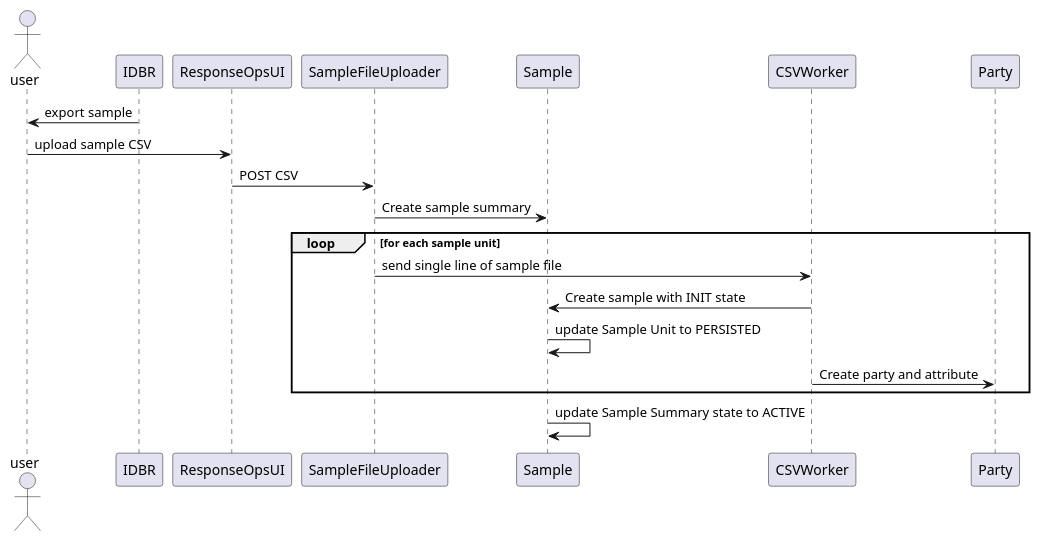
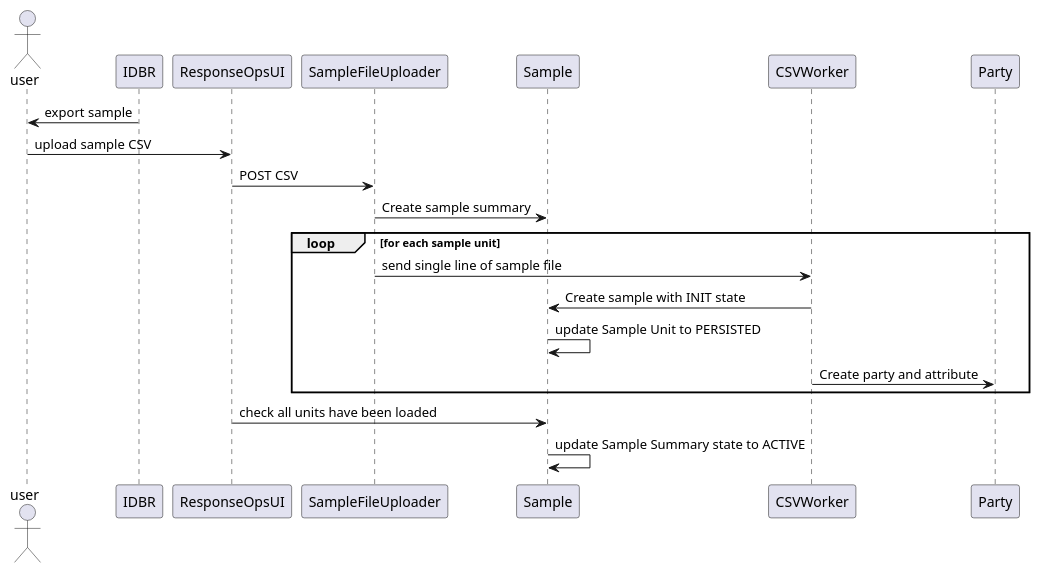
Before and after one commit to ONSdigital/rm-sample-service: the diagram in diagrams/ingest-sequence.puml, drawn with PlantUML. The commit also changed 8 other files, not shown here.

```diff
--- a/diagrams/ingest-sequence.puml
+++ b/diagrams/ingest-sequence.puml
@@ -1,14 +1,15 @@
 @startuml
 actor user
 IDBR -> user : export sample
 user -> ResponseOpsUI: upload sample CSV
 ResponseOpsUI -> SampleFileUploader :POST CSV
 SampleFileUploader -> Sample: Create sample summary
 loop for each sample unit
 SampleFileUploader -> CSVWorker: send single line of sample file
 CSVWorker -> Sample: Create sample with INIT state
 Sample -> Sample : update Sample Unit to PERSISTED
 CSVWorker -> Party: Create party and attribute
 end
+ResponseOpsUI -> Sample: check all units have been loaded
 Sample -> Sample: update Sample Summary state to ACTIVE
 @enduml
```
